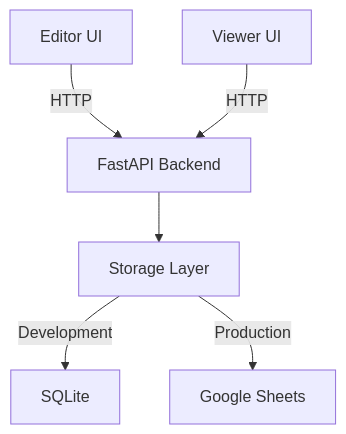
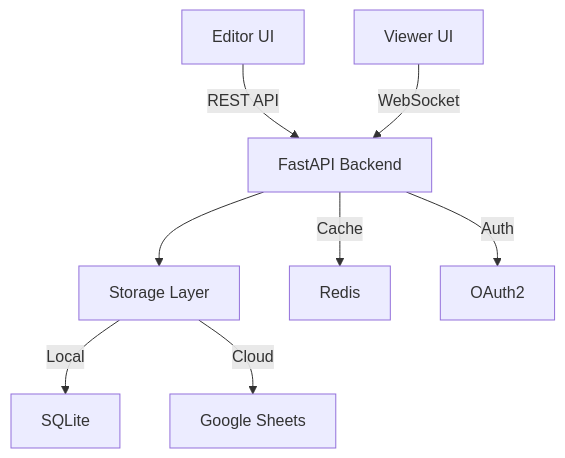
The diagram in README.md (aniketsandhanwootz-wq/PDF-Markbook), drawn with Mermaid before and after one commit. The commit also changed other lines of this file, not shown here.

````diff
--- a/README.md
+++ b/README.md
@@ -36,8 +33,10 @@
 ```mermaid
 graph TD
-    A[Editor UI] -->|HTTP| C[FastAPI Backend]
-    B[Viewer UI] -->|HTTP| C
+    A[Editor UI] -->|REST API| C[FastAPI Backend]
+    B[Viewer UI] -->|WebSocket| C
     C --> D[Storage Layer]
-    D -->|Development| E[SQLite]
-    D -->|Production| F[Google Sheets]
+    D -->|Local| E[SQLite]
+    D -->|Cloud| F[Google Sheets]
+    C -->|Cache| G[Redis]
+    C -->|Auth| H[OAuth2]
 ```
````
